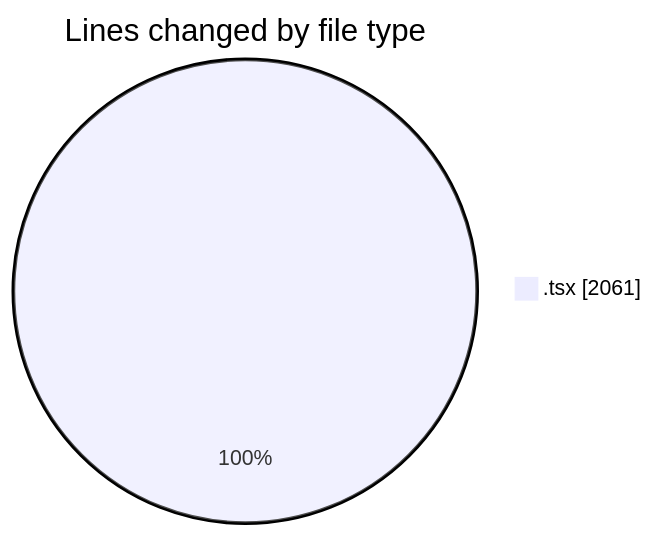
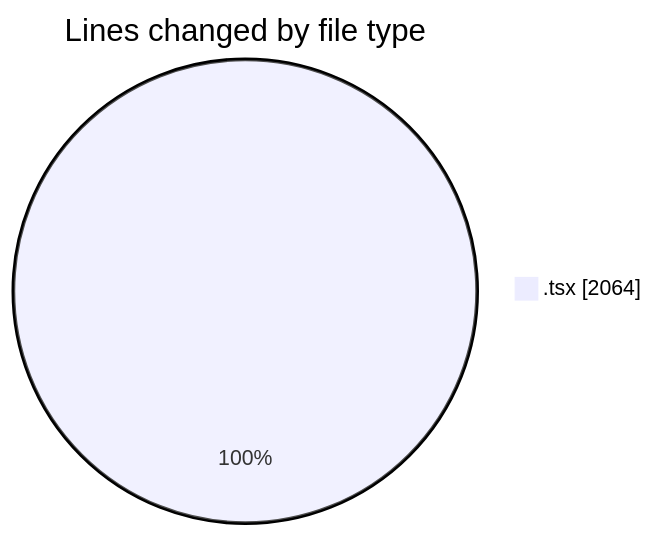
The first of 2 diagrams in 2026-03-22/nxtqube_webapp/README.md (nxtqubesakshisongat/code-tracking), drawn with Mermaid before and after one commit. The commit also changed other lines of this file and 1 other file, not shown here.

````diff
--- a/2026-03-22/nxtqube_webapp/README.md
+++ b/2026-03-22/nxtqube_webapp/README.md
@@ -22,5 +22,5 @@
 ```mermaid
 pie showData
 title Lines changed by file type
-".tsx" : 2061
+".tsx" : 2064
 ```
````
